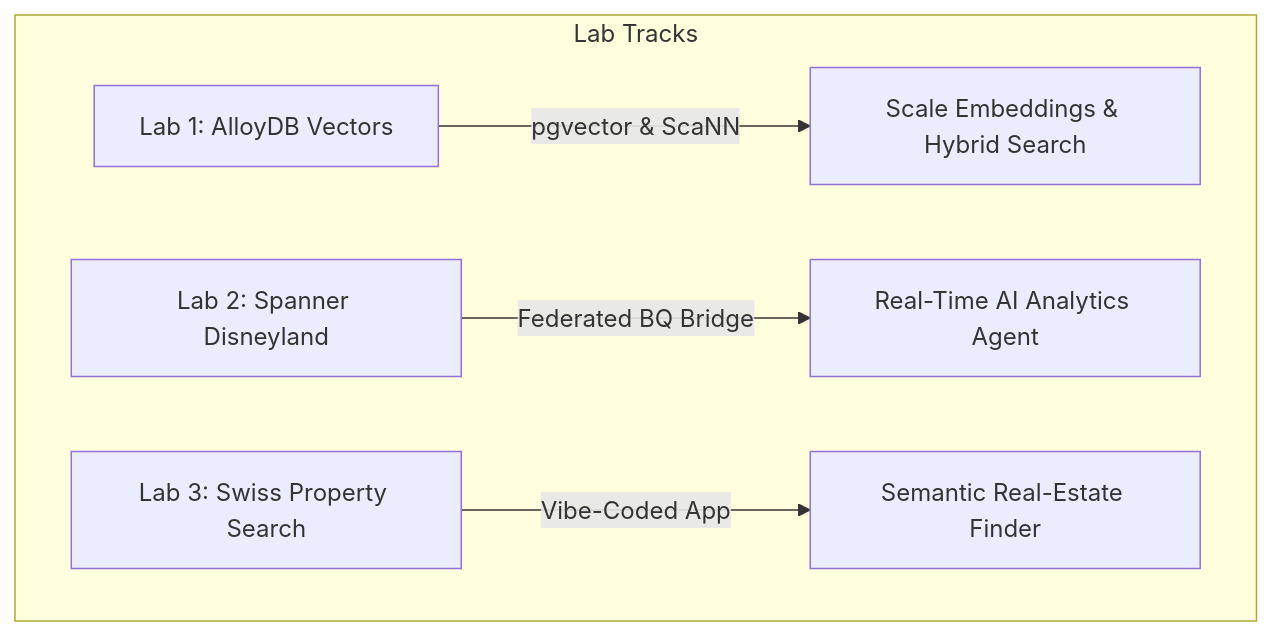
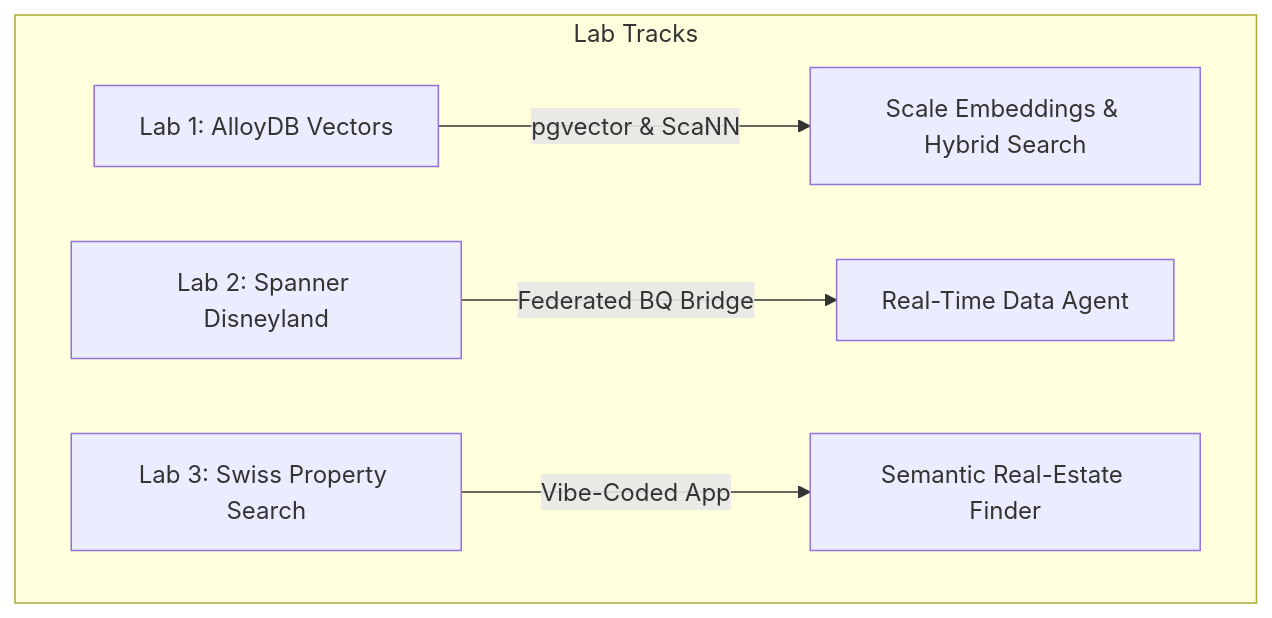
Before and after one commit to kupp0/google-dach-summit26-database-labs: the diagram in README.md, drawn with Mermaid. The commit also changed 3 other files, not shown here.

````diff
--- a/README.md
+++ b/README.md
@@ -13,8 +13,8 @@
 ```mermaid
 graph TD
     subgraph Lab Tracks
         L1[Lab 1: AlloyDB Vectors] -->|pgvector & ScaNN| A1[Scale Embeddings & Hybrid Search]
-        L2[Lab 2: Spanner Disneyland] -->|Federated BQ Bridge| S1[Real-Time AI Analytics Agent]
+        L2[Lab 2: Spanner Disneyland] -->|Federated BQ Bridge| S1[Real-Time Data Agent]
         L3[Lab 3: Swiss Property Search] -->|Vibe-Coded App| F1[Semantic Real-Estate Finder]
     end
 ```
````
